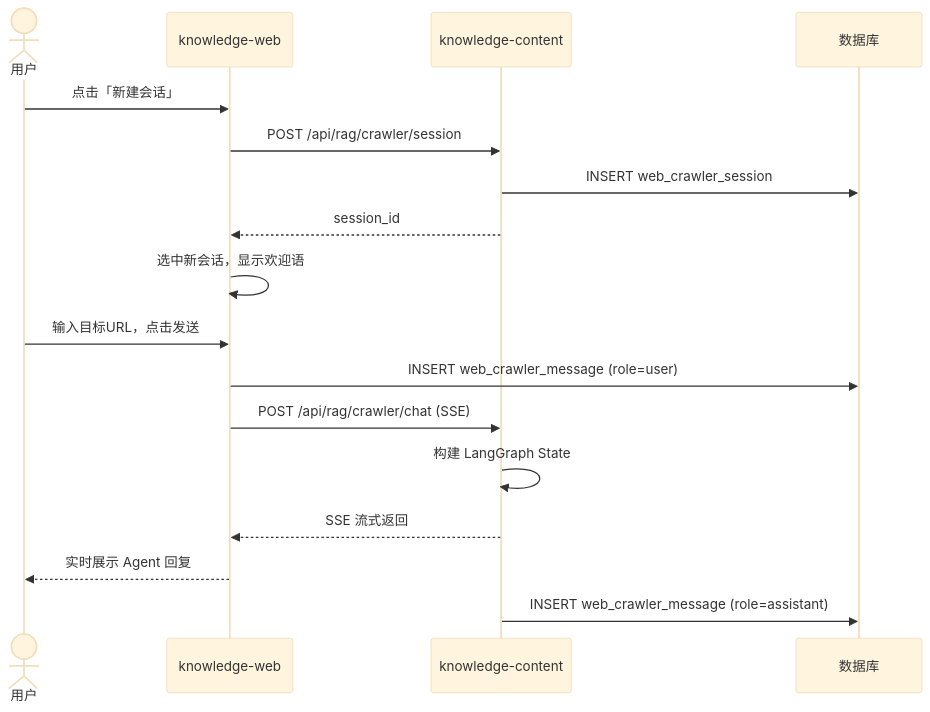
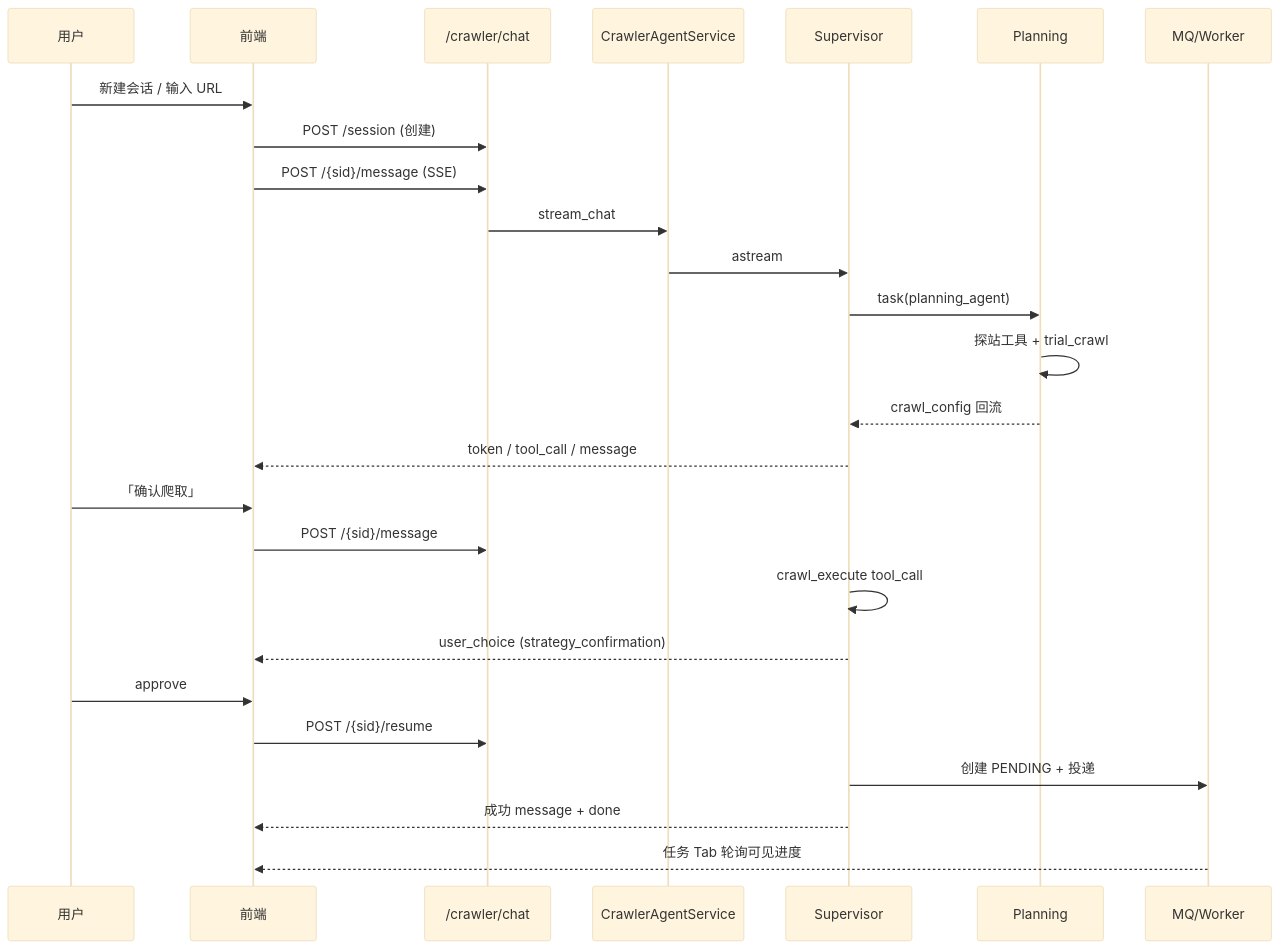
Before and after one commit to jiangwch03/knowledge: the first of 6 diagrams in docs/rag/网页爬取Agent/05-用户操作交互时序图.md, drawn with Mermaid (base theme). The commit also changed other lines of this file and 8 other files, not shown here.

First line of the commit message:
docs(crawler): 按 As-Built 重写网页爬取 Agent 设计文档

````diff
--- a/docs/rag/网页爬取Agent/05-用户操作交互时序图.md
+++ b/docs/rag/网页爬取Agent/05-用户操作交互时序图.md
@@ -12,21 +12,29 @@
 ```mermaid
 sequenceDiagram
-    actor U as 用户
-    participant W as knowledge-web
-    participant C as knowledge-content
-    participant DB as 数据库
+    participant U as 用户
+    participant FE as 前端
+    participant Chat as /crawler/chat
+    participant Svc as CrawlerAgentService
+    participant Sup as Supervisor
+    participant Plan as Planning
+    participant MQ as MQ/Worker
 
-    U->>W: 点击「新建会话」
-    W->>C: POST /api/rag/crawler/session
-    C->>DB: INSERT web_crawler_session
-    C-->>W: session_id
-    W->>W: 选中新会话，显示欢迎语
-
-    U->>W: 输入目标URL，点击发送
-    W->>DB: INSERT web_crawler_message (role=user)
-    W->>C: POST /api/rag/crawler/chat (SSE)
-    C->>C: 构建 LangGraph State
-    C-->>W: SSE 流式返回
-    W-->>U: 实时展示 Agent 回复
-    C->>DB: INSERT web_crawler_message (role=assistant)
+    U->>FE: 新建会话 / 输入 URL
+    FE->>Chat: POST /session (创建)
+    FE->>Chat: POST /{sid}/message (SSE)
+    Chat->>Svc: stream_chat
+    Svc->>Sup: astream
+    Sup->>Plan: task(planning_agent)
+    Plan->>Plan: 探站工具 + trial_crawl
+    Plan-->>Sup: crawl_config 回流
+    Sup-->>FE: token / tool_call / message
+    U->>FE: 「确认爬取」
+    FE->>Chat: POST /{sid}/message
+    Sup->>Sup: crawl_execute tool_call
+    Sup-->>FE: user_choice (strategy_confirmation)
+    U->>FE: approve
+    FE->>Chat: POST /{sid}/resume
+    Sup->>MQ: 创建 PENDING + 投递
+    Sup-->>FE: 成功 message + done
+    MQ-->>FE: 任务 Tab 轮询可见进度
 ```
````
